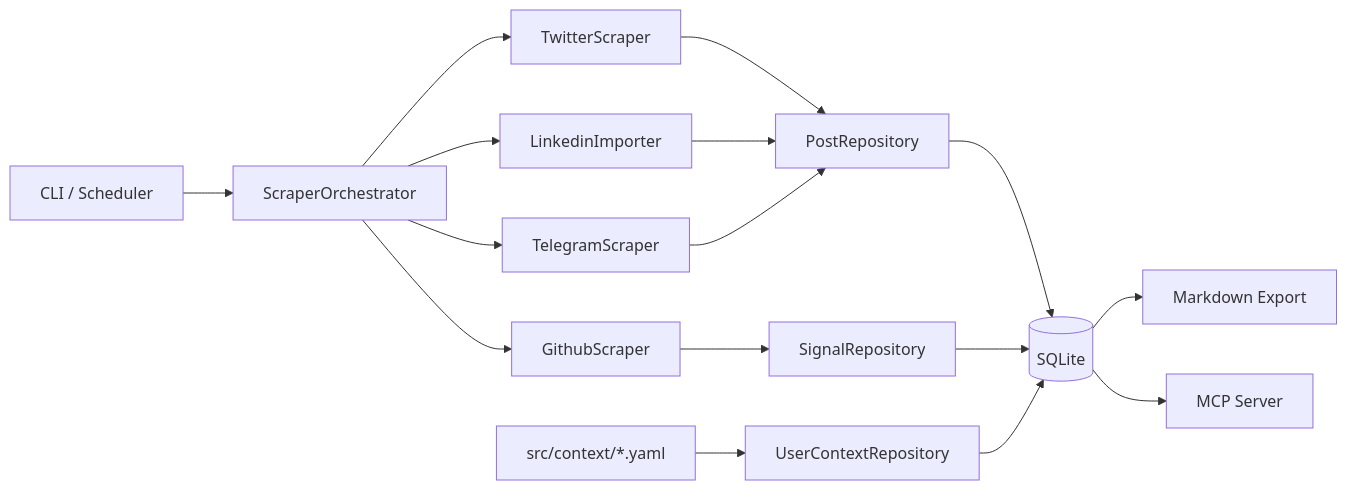
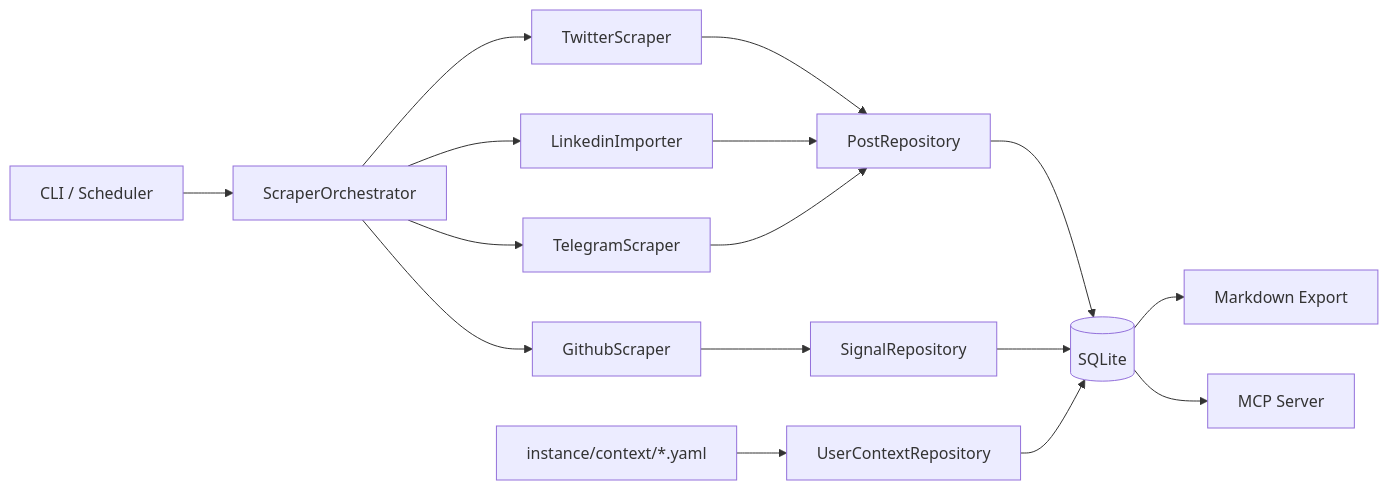
One commit to SamuiRo/EANyra changed the first of 2 diagrams in docs/ARCHITECTURE.md. Above: the diagram before and after it, drawn with Mermaid. The commit also changed other lines of this file and 71 other files, not shown here.

````diff
--- a/docs/ARCHITECTURE.md
+++ b/docs/ARCHITECTURE.md
@@ -21,18 +21,18 @@
 ```mermaid
 flowchart LR
     CLI["CLI / Scheduler"] --> ORCH["ScraperOrchestrator"]
     ORCH --> TW["TwitterScraper"]
     ORCH --> GH["GithubScraper"]
     ORCH --> LI["LinkedinImporter"]
     ORCH --> TG["TelegramScraper"]
     TW --> PR["PostRepository"]
     LI --> PR
     TG --> PR
     GH --> SR["SignalRepository"]
     PR --> DB[("SQLite")]
     SR --> DB
-    YAML["src/context/*.yaml"] --> CR["UserContextRepository"]
+    YAML["instance/context/*.yaml"] --> CR["UserContextRepository"]
     CR --> DB
     DB --> EX["Markdown Export"]
     DB --> MCP["MCP Server"]
 ```
````
